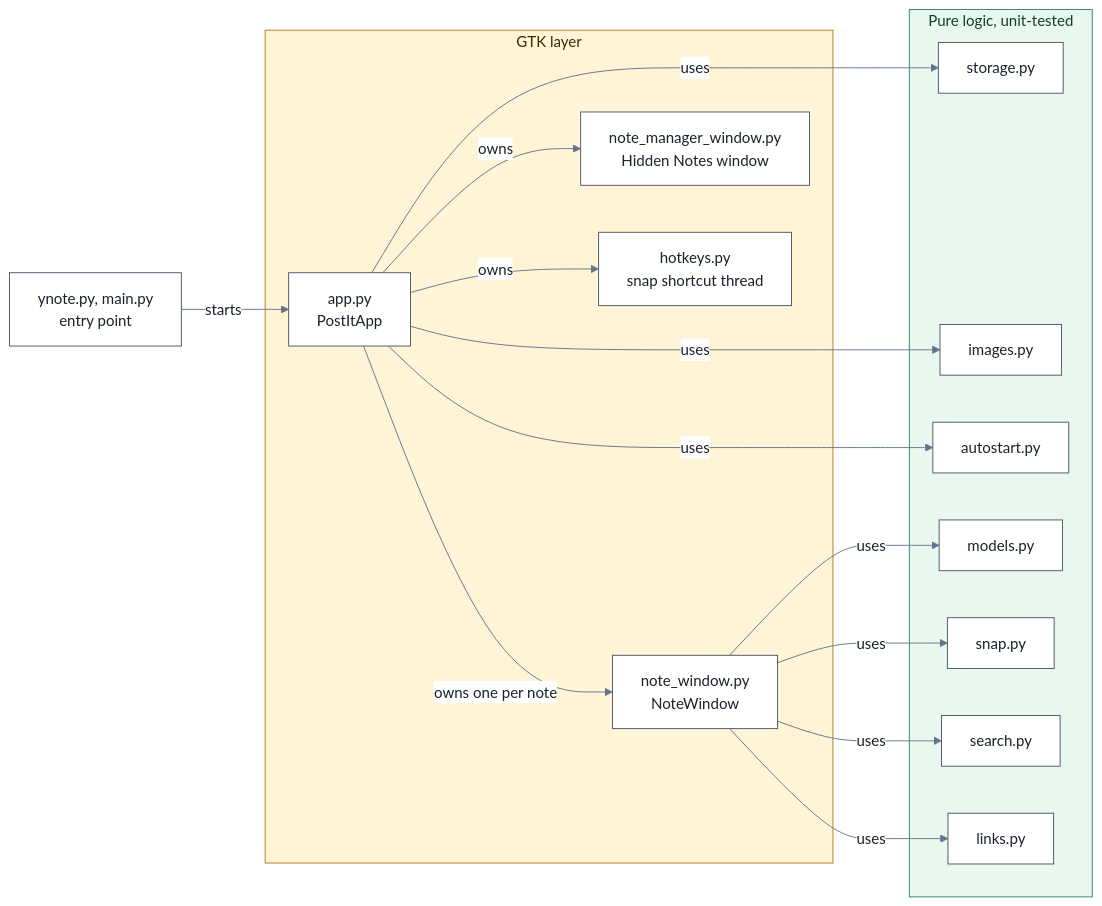
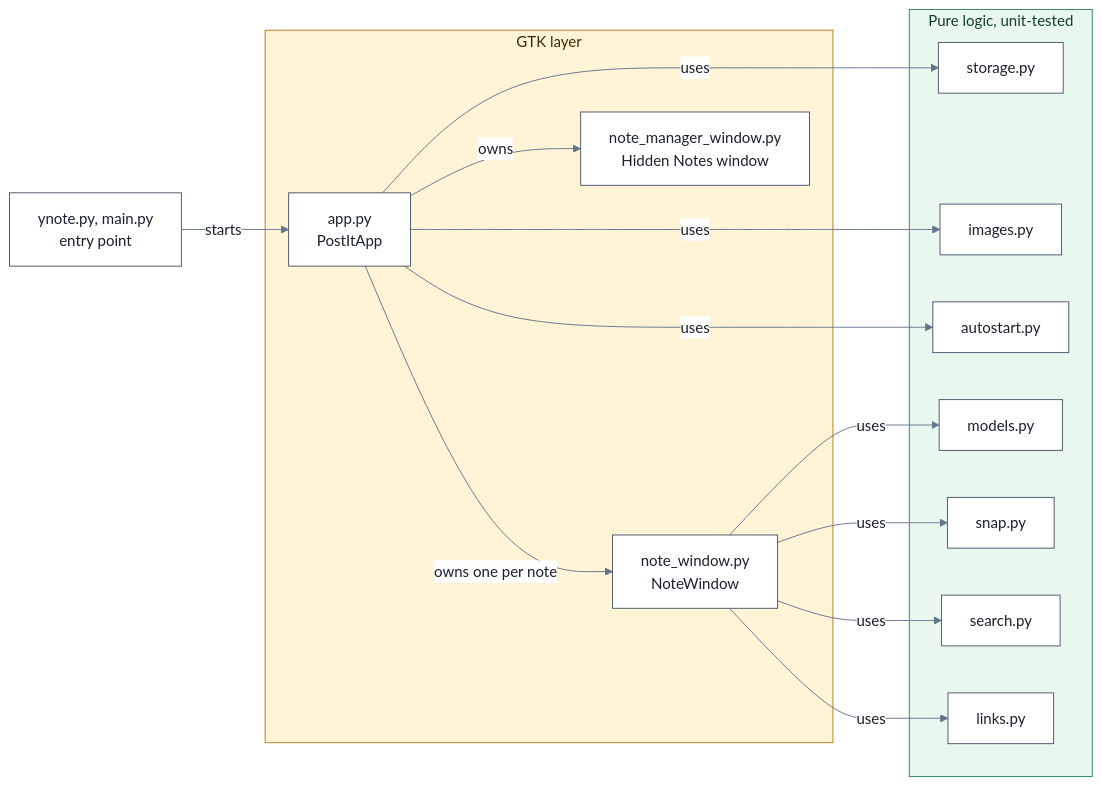
One commit to vacu9708/ynote changed the first of 2 diagrams in ARCHITECTURE.md. Above: the diagram before and after it, drawn with Mermaid. The commit also changed other lines of this file and 5 other files, not shown here.

First line of the commit message:
[refactor] Drop the global snap shortcut

````diff
--- a/ARCHITECTURE.md
+++ b/ARCHITECTURE.md
@@ -13,39 +13,37 @@
 ```mermaid
 %%{init: {'theme': 'base', 'themeVariables': {'primaryColor': '#FFFFFF', 'primaryTextColor': '#1A202C', 'primaryBorderColor': '#4A5568', 'lineColor': '#64748B', 'edgeLabelBackground': '#FFFFFF', 'titleColor': '#1A202C'}}}%%
 flowchart LR
     Main["ynote.py, main.py<br/>entry point"]
 
     subgraph GTK["GTK layer"]
         App["app.py<br/>PostItApp"]
         Window["note_window.py<br/>NoteWindow"]
         Manager["note_manager_window.py<br/>Hidden Notes window"]
-        Hotkeys["hotkeys.py<br/>snap shortcut thread"]
     end
 
     subgraph Pure["Pure logic, unit-tested"]
         Storage["storage.py"]
         Images["images.py"]
         Autostart["autostart.py"]
         Models["models.py"]
         Snap["snap.py"]
         Search["search.py"]
         Links["links.py"]
     end
 
     Main -->|starts| App
     App -->|owns one per note| Window
     App -->|owns| Manager
-    App -->|owns| Hotkeys
     App -->|uses| Storage
     App -->|uses| Images
     App -->|uses| Autostart
     Window -->|uses| Models
     Window -->|uses| Snap
     Window -->|uses| Search
     Window -->|uses| Links
 
     classDef node fill:#FFFFFF,stroke:#4A5568,color:#1A202C
-    class Main,App,Window,Manager,Hotkeys,Storage,Images,Autostart,Models,Snap,Search,Links node
+    class Main,App,Window,Manager,Storage,Images,Autostart,Models,Snap,Search,Links node
     style GTK fill:#FFF4D6,stroke:#B7791F,color:#3D2C00
     style Pure fill:#E8F8EF,stroke:#2F855A,color:#143C2B
 ```
````
